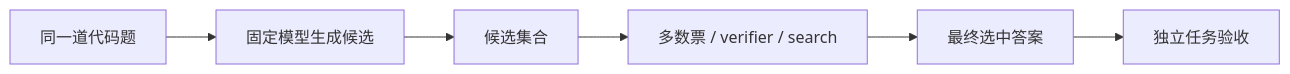
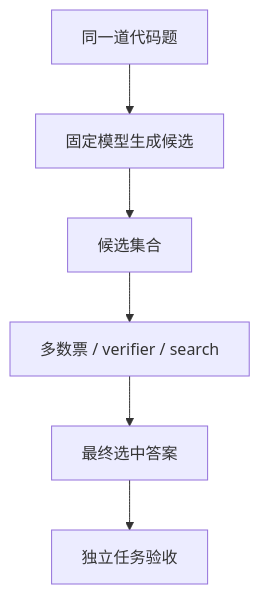
One commit to NightLemon/about-llm changed the diagram in docs/frontier/reasoning-systems.md. Above: the diagram before and after it, drawn with Mermaid. The commit also changed other lines of this file and 167 other files, not shown here.

````diff
--- a/docs/frontier/reasoning-systems.md
+++ b/docs/frontier/reasoning-systems.md
@@ -44,8 +44,8 @@
 ```mermaid
-flowchart LR
+flowchart TD
   Q["同一道代码题"] --> G["固定模型生成候选"]
   G --> S["候选集合"]
   S --> V["多数票 / verifier / search"]
   V --> F["最终选中答案"]
   F --> T["独立任务验收"]
 ```
````
